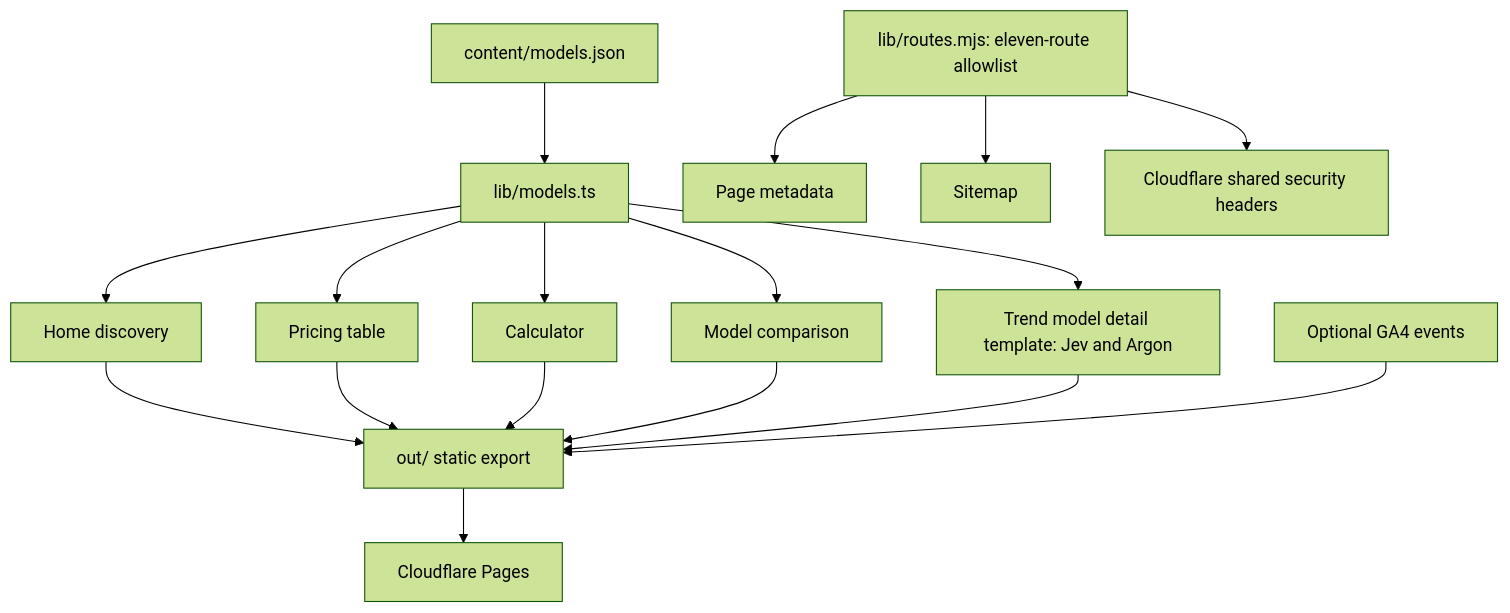
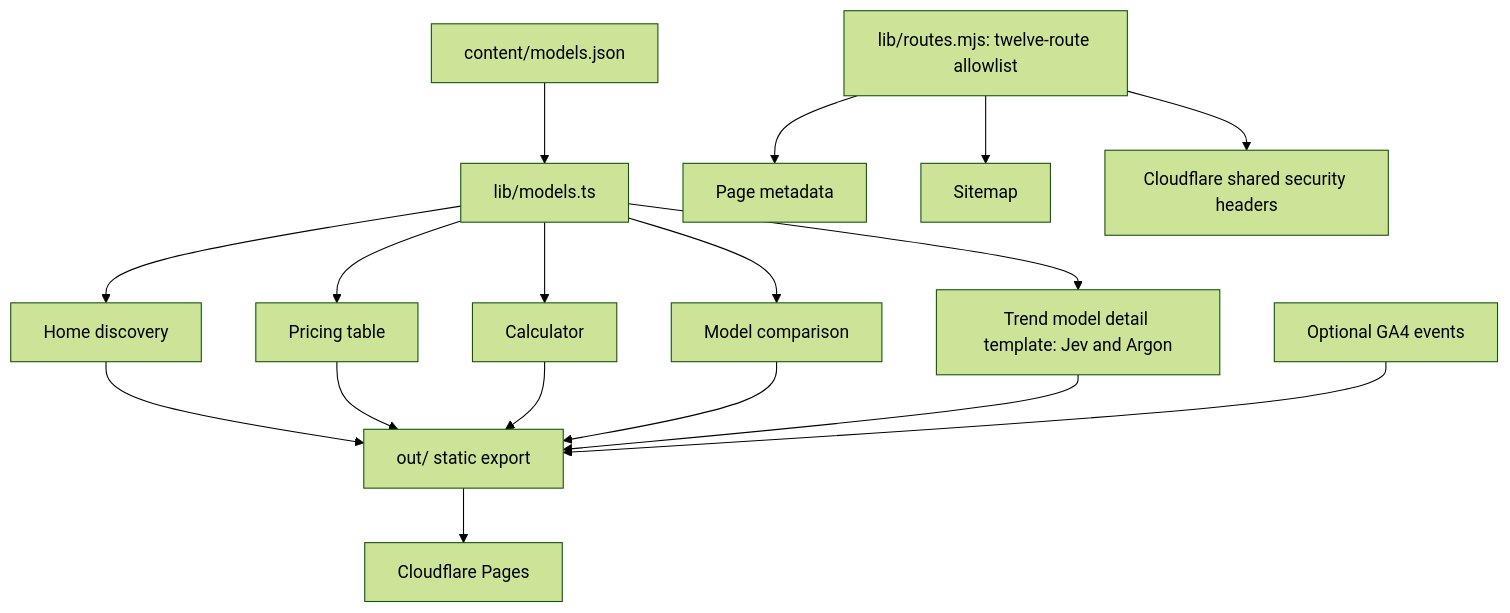
Before and after one commit to yubinhong/toolpilot: the diagram in ARCHITECTURE.md, drawn with Mermaid (forest theme). The commit also changed other lines of this file and 22 other files, not shown here.

````diff
--- a/ARCHITECTURE.md
+++ b/ARCHITECTURE.md
@@ -7,19 +7,19 @@
 ```mermaid
 flowchart TD
     M[content/models.json] --> L[lib/models.ts]
     L --> H[Home discovery]
     L --> P[Pricing table]
     L --> C[Calculator]
     L --> X[Model comparison]
     L --> J[Trend model detail template: Jev and Argon]
-    R[lib/routes.mjs: eleven-route allowlist] --> MD[Page metadata]
+    R[lib/routes.mjs: twelve-route allowlist] --> MD[Page metadata]
     R --> SM[Sitemap]
     R --> AH[Cloudflare shared security headers]
     H --> O[out/ static export]
     P --> O
     C --> O
     X --> O
     J --> O
     O --> CF[Cloudflare Pages]
     GA[Optional GA4 events] --> O
 ```
````
